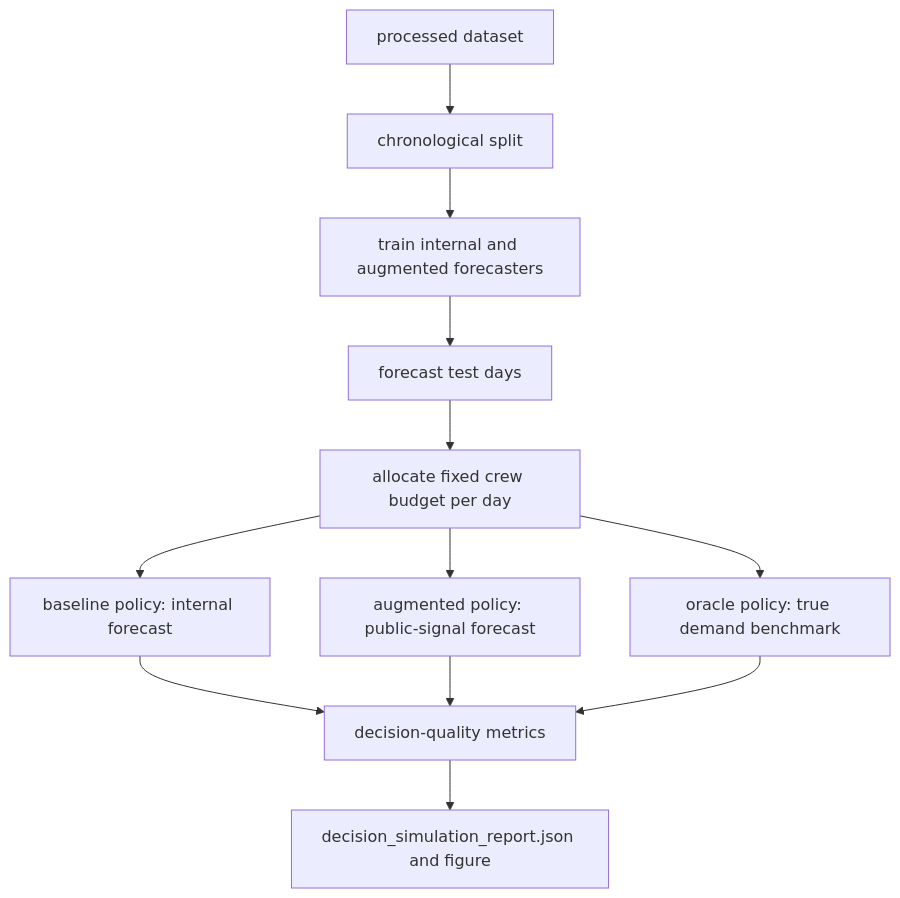
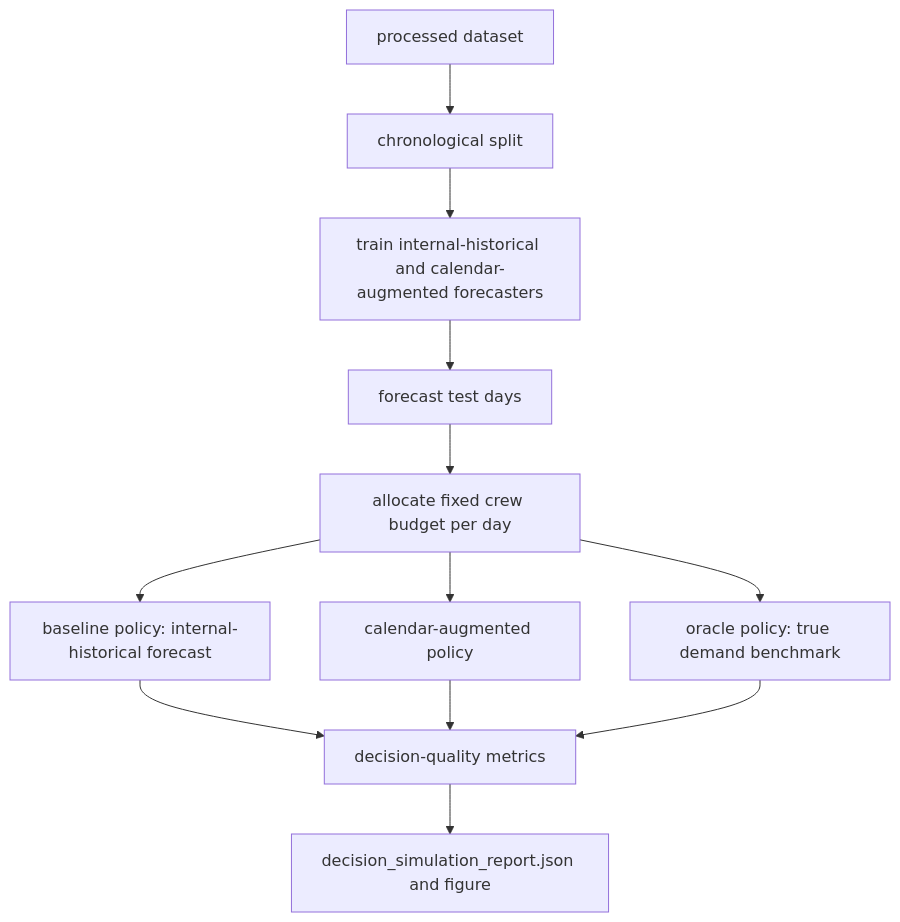
The third of 4 diagrams in public-signal-service-forecasting/docs/architecture.md (Nassar-Coding/Nassar-Coding.github.io), drawn with Mermaid before and after one commit. The commit also changed other lines of this file and 32 other files, not shown here.

````diff
--- a/public-signal-service-forecasting/docs/architecture.md
+++ b/public-signal-service-forecasting/docs/architecture.md
@@ -61,14 +61,14 @@
 ```mermaid
 flowchart TD
     A[processed dataset] --> B[chronological split]
-    B --> C[train internal and augmented forecasters]
+    B --> C[train internal-historical and calendar-augmented forecasters]
     C --> D[forecast test days]
     D --> E[allocate fixed crew budget per day]
-    E --> F[baseline policy: internal forecast]
-    E --> G[augmented policy: public-signal forecast]
+    E --> F[baseline policy: internal-historical forecast]
+    E --> G[calendar-augmented policy]
     E --> H[oracle policy: true demand benchmark]
     F --> I[decision-quality metrics]
     G --> I
     H --> I
     I --> J[decision_simulation_report.json and figure]
 ```
````
